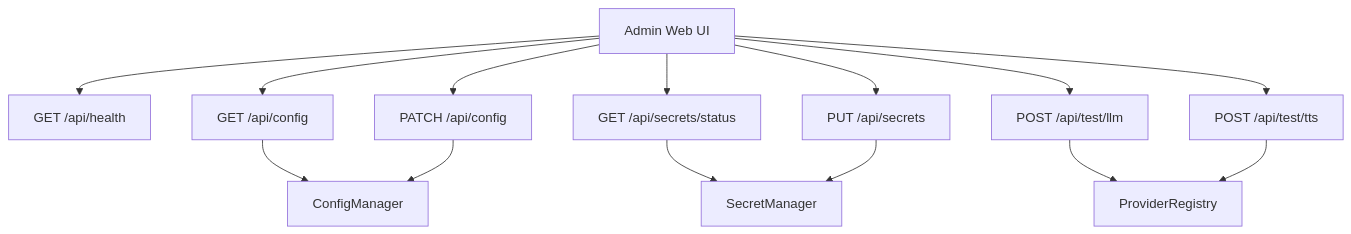
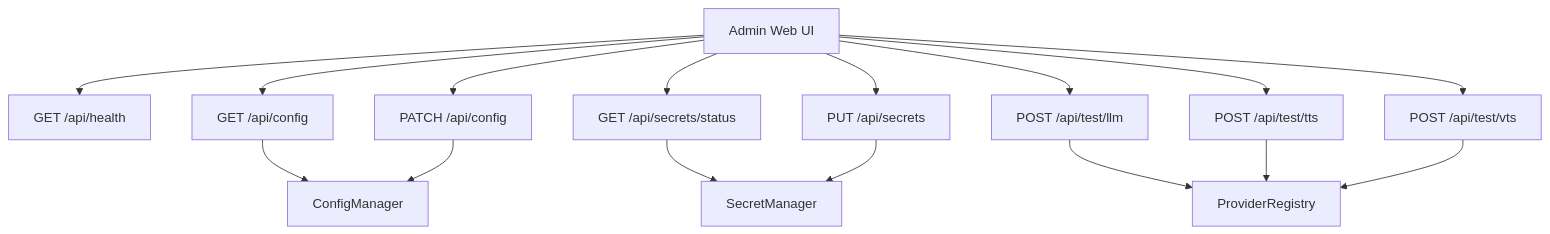
Before and after one commit to Jonathan0823/VoxaLive: the first of 2 diagrams in docs/07_API_CONTRACT.md, drawn with Mermaid. The commit also changed other lines of this file and 7 other files, not shown here.

First line of the commit message:
docs(mvp): align VTS-only scope and build flow

```diff
--- a/docs/07_API_CONTRACT.md
+++ b/docs/07_API_CONTRACT.md
@@ -46,17 +47,19 @@
 ~~~mermaid
 flowchart TD
     AdminWeb[Admin Web UI] --> Health[GET /api/health]
     AdminWeb --> ConfigGet[GET /api/config]
     AdminWeb --> ConfigPatch[PATCH /api/config]
     AdminWeb --> SecretStatus[GET /api/secrets/status]
     AdminWeb --> SecretPut[PUT /api/secrets]
     AdminWeb --> TestLLM[POST /api/test/llm]
     AdminWeb --> TestTTS[POST /api/test/tts]
+    AdminWeb --> TestVTS[POST /api/test/vts]
 
     ConfigGet --> ConfigManager[ConfigManager]
     ConfigPatch --> ConfigManager
     SecretStatus --> SecretManager[SecretManager]
     SecretPut --> SecretManager
     TestLLM --> ProviderRegistry[ProviderRegistry]
     TestTTS --> ProviderRegistry
+    TestVTS --> ProviderRegistry
 ~~~
```
